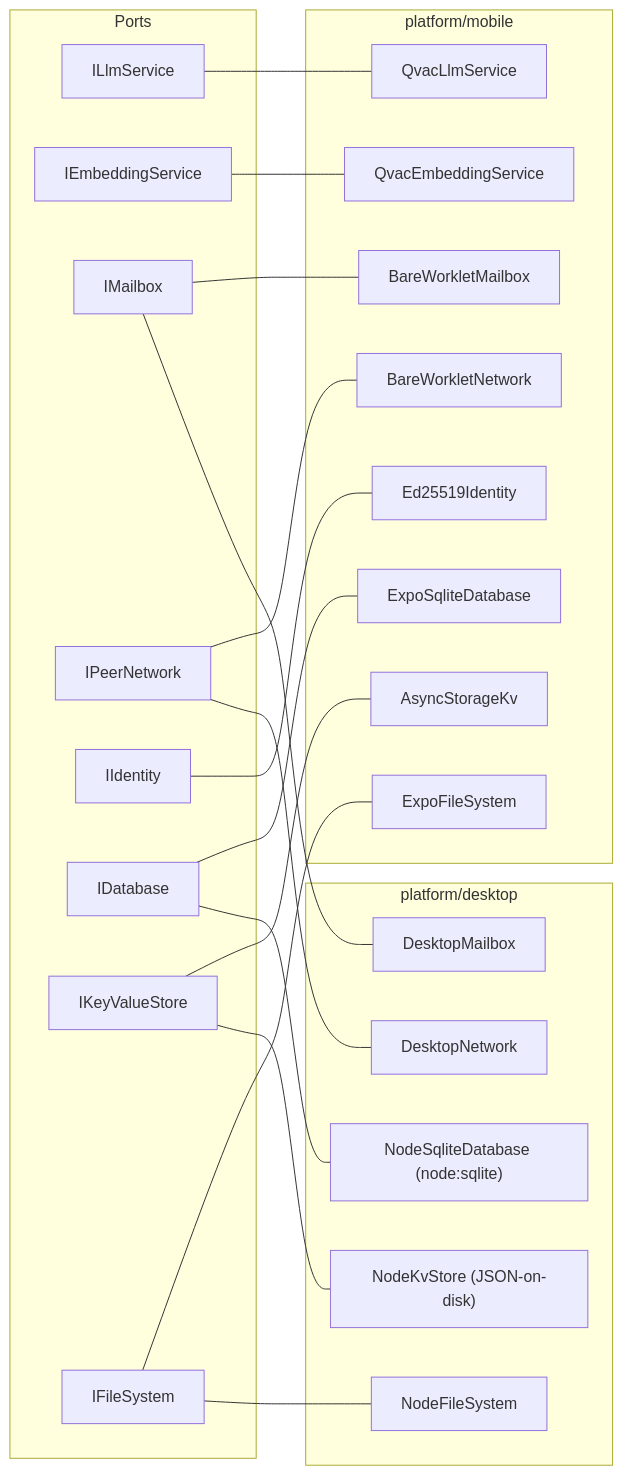
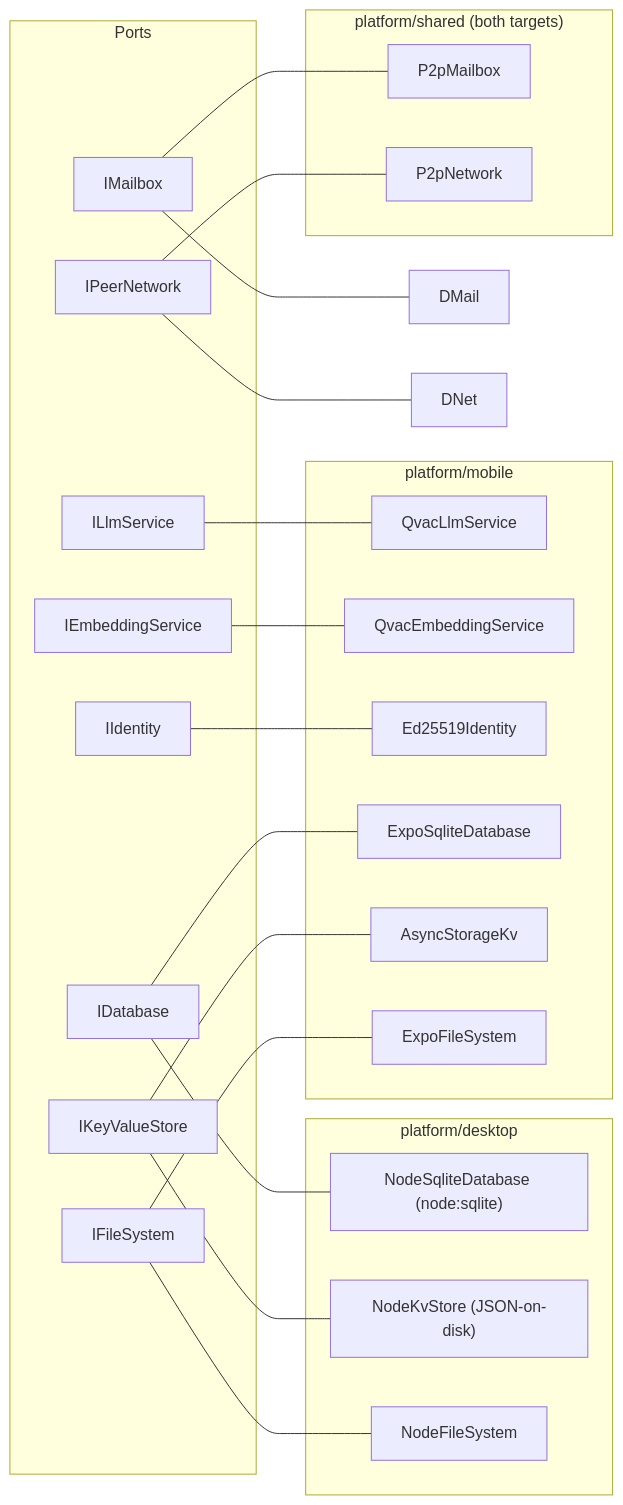
The second of 9 diagrams in docs/DIAGRAMS.md (Helldez/Resonance), drawn with Mermaid before and after one commit. The commit also changed other lines of this file and 7 other files, not shown here.

First line of the commit message:
docs: align with the consolidated platform/shared + app-services layout

````diff
--- a/docs/DIAGRAMS.md
+++ b/docs/DIAGRAMS.md
@@ -70,46 +70,47 @@
 ```mermaid
 flowchart LR
     subgraph Ports
         IL["ILlmService"]
         IE["IEmbeddingService"]
         IM["IMailbox"]
         IN["IPeerNetwork"]
         II["IIdentity"]
         IDB["IDatabase"]
         IKV["IKeyValueStore"]
         IFS["IFileSystem"]
     end
 
+    subgraph Shared["platform/shared (both targets)"]
+        BMail["P2pMailbox"]
+        BNet["P2pNetwork"]
+    end
+
     subgraph Mobile["platform/mobile"]
         QvacLlm["QvacLlmService"]
         QvacEmb["QvacEmbeddingService"]
-        BMail["BareWorkletMailbox"]
-        BNet["BareWorkletNetwork"]
         Ed["Ed25519Identity"]
         ExpoDb["ExpoSqliteDatabase"]
         AsKv["AsyncStorageKv"]
         ExpoFs["ExpoFileSystem"]
     end
 
     subgraph Desktop["platform/desktop"]
-        DMail["DesktopMailbox"]
-        DNet["DesktopNetwork"]
         NodeDb["NodeSqliteDatabase (node:sqlite)"]
         NodeKv["NodeKvStore (JSON-on-disk)"]
         NodeFs["NodeFileSystem"]
     end
 
     IL --- QvacLlm
     IE --- QvacEmb
     IM --- BMail
     IM --- DMail
     IN --- BNet
     IN --- DNet
     II --- Ed
     IDB --- ExpoDb
     IDB --- NodeDb
     IKV --- AsKv
     IKV --- NodeKv
     IFS --- ExpoFs
     IFS --- NodeFs
 ```
````
